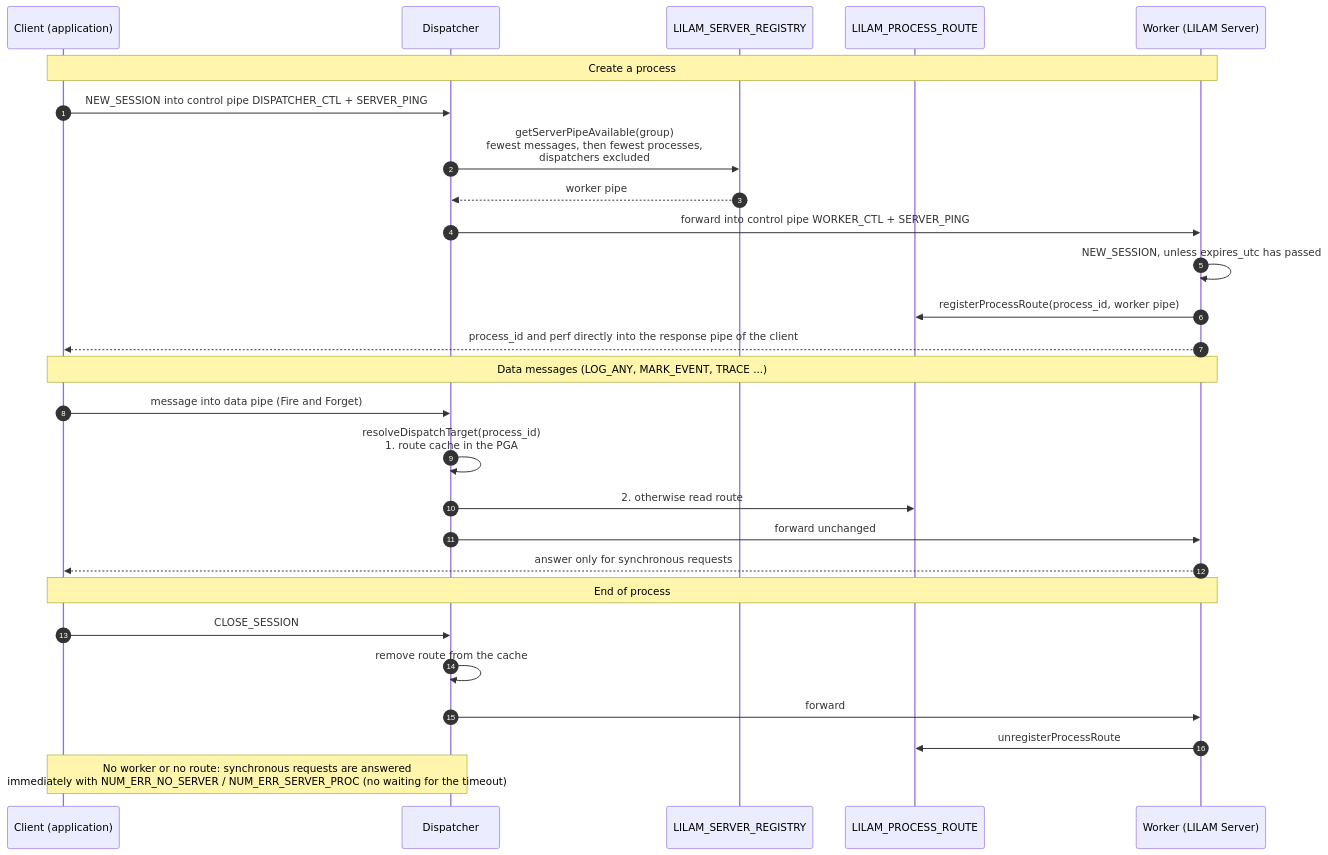
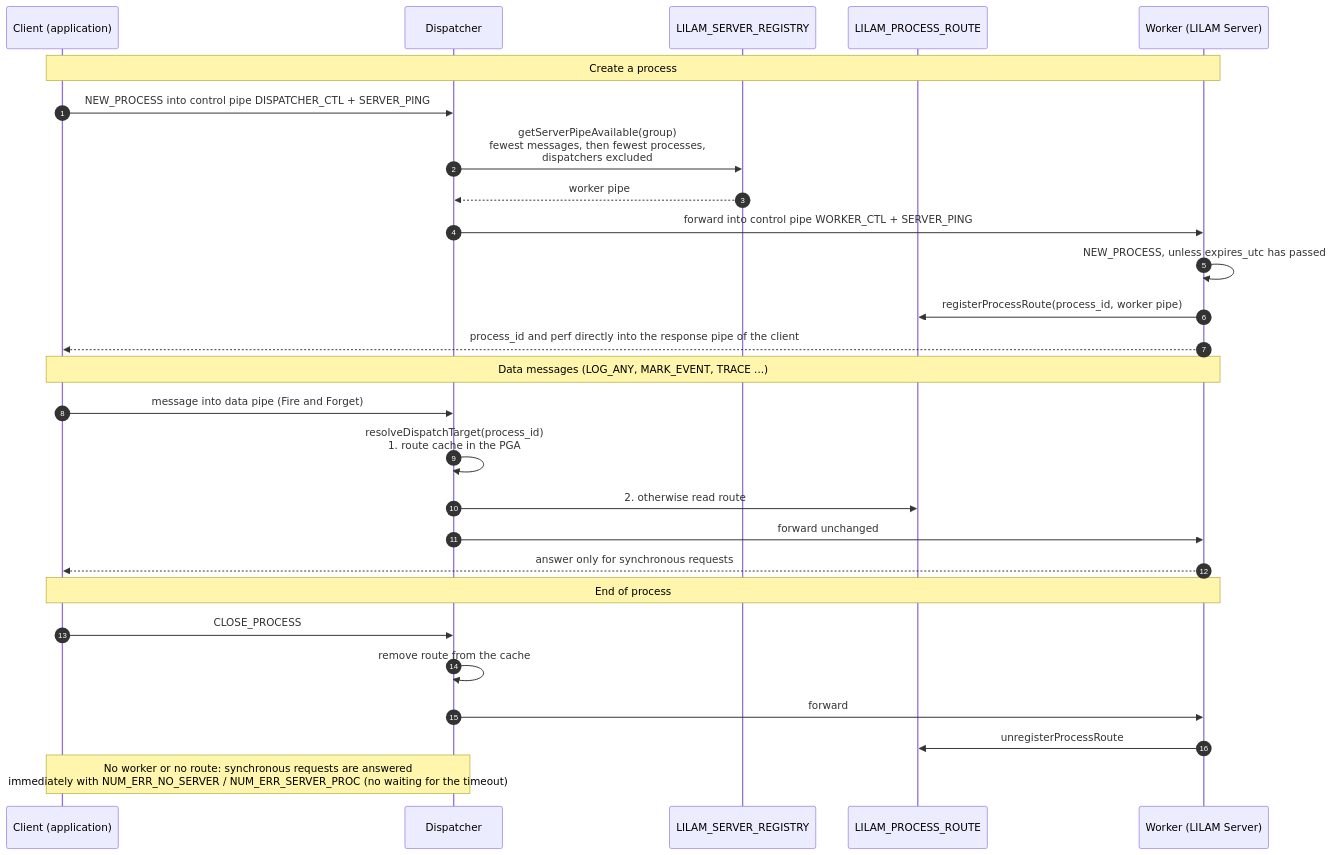
Before and after one commit to dirkgermany/LILAM: the third of 4 diagrams in docs/architecture and concepts.md, drawn with Mermaid. The commit also changed other lines of this file and 9 other files, not shown here.

````diff
--- a/docs/architecture and concepts.md
+++ b/docs/architecture and concepts.md
@@ -418,33 +444,33 @@
 ```mermaid
 sequenceDiagram
     autonumber
     participant C as Client (application)
     participant D as Dispatcher
     participant R as LILAM_SERVER_REGISTRY
     participant RT as LILAM_PROCESS_ROUTE
     participant W as Worker (LILAM Server)
 
     Note over C,W: Create a process
-    C->>D: NEW_SESSION into control pipe DISPATCHER_CTL + SERVER_PING
+    C->>D: NEW_PROCESS into control pipe DISPATCHER_CTL + SERVER_PING
     D->>R: getServerPipeAvailable(group)<br/>fewest messages, then fewest processes,<br/>dispatchers excluded
     R-->>D: worker pipe
     D->>W: forward into control pipe WORKER_CTL + SERVER_PING
-    W->>W: NEW_SESSION, unless expires_utc has passed
+    W->>W: NEW_PROCESS, unless expires_utc has passed
     W->>RT: registerProcessRoute(process_id, worker pipe)
     W-->>C: process_id and perf directly into the response pipe of the client
 
     Note over C,W: Data messages (LOG_ANY, MARK_EVENT, TRACE ...)
     C->>D: message into data pipe (Fire and Forget)
     D->>D: resolveDispatchTarget(process_id)<br/>1. route cache in the PGA
     D->>RT: 2. otherwise read route
     D->>W: forward unchanged
     W-->>C: answer only for synchronous requests
 
     Note over C,W: End of process
-    C->>D: CLOSE_SESSION
+    C->>D: CLOSE_PROCESS
     D->>D: remove route from the cache
     D->>W: forward
     W->>RT: unregisterProcessRoute
 
     Note over D,C: No worker or no route: synchronous requests are answered<br/>immediately with NUM_ERR_NO_SERVER / NUM_ERR_SERVER_PROC (no waiting for the timeout)
 ```
````
